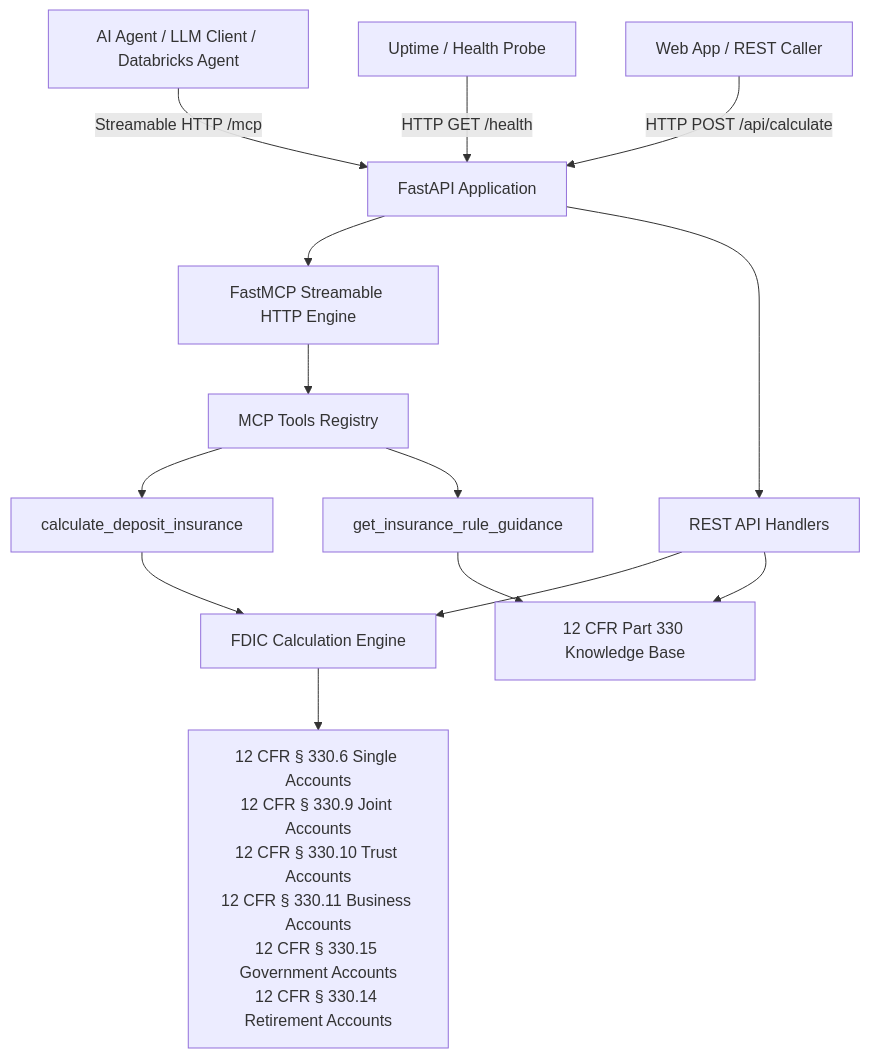
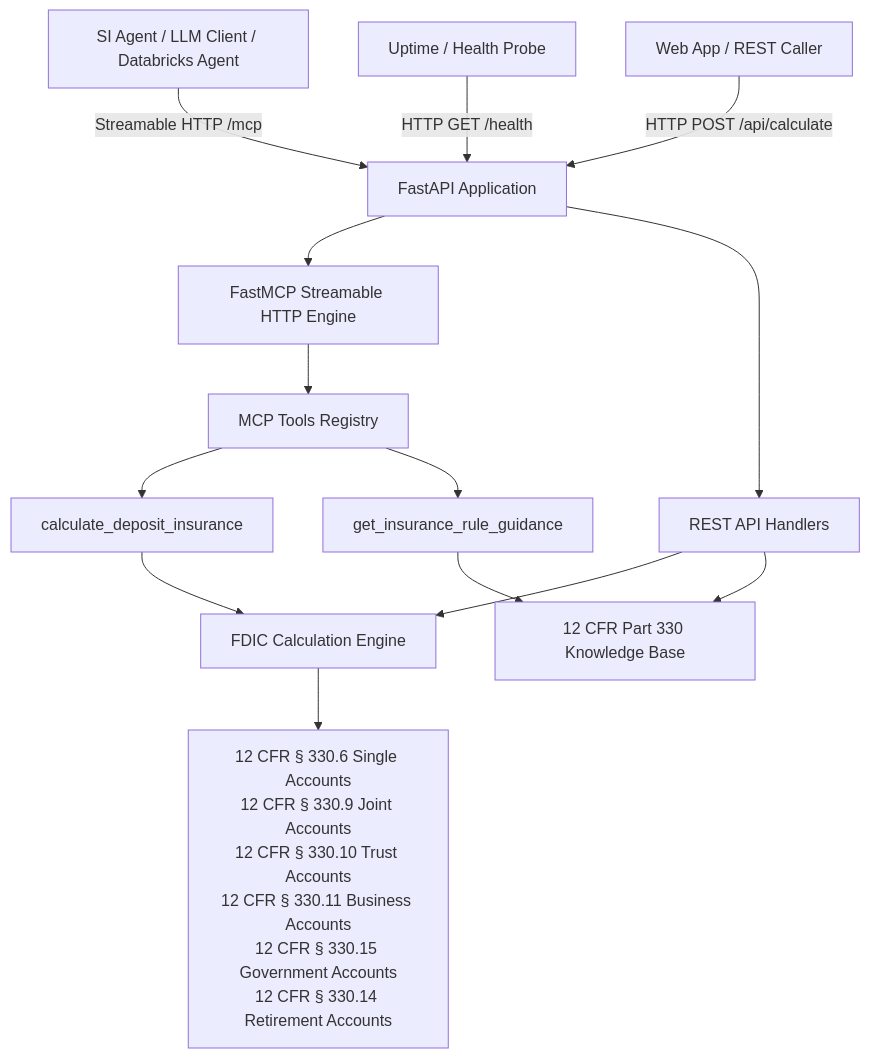
One commit to SharmilaChakalakonda/deposit_insurance_mcp changed the diagram in README.md. Above: the diagram before and after it, drawn with Mermaid. The commit also changed other lines of this file, not shown here.

````diff
--- a/README.md
+++ b/README.md
@@ -42,20 +64,20 @@
 ```mermaid
 flowchart TD
-    Client[AI Agent / LLM Client / Databricks Agent] -->|Streamable HTTP /mcp| FastAPI[FastAPI Application]
+    Client[SI Agent / LLM Client / Databricks Agent] -->|Streamable HTTP /mcp| FastAPI[FastAPI Application]
     Monitoring[Uptime / Health Probe] -->|HTTP GET /health| FastAPI
     RESTClient[Web App / REST Caller] -->|HTTP POST /api/calculate| FastAPI
     
     FastAPI --> MCPHandler[FastMCP Streamable HTTP Engine]
     FastAPI --> RestRoutes[REST API Handlers]
     
     MCPHandler --> Tools[MCP Tools Registry]
     Tools --> T1[calculate_deposit_insurance]
     Tools --> T2[get_insurance_rule_guidance]
     
     T1 --> Engine[FDIC Calculation Engine]
     T2 --> KnowledgeBase[12 CFR Part 330 Knowledge Base]
     RestRoutes --> Engine
     RestRoutes --> KnowledgeBase
     
     Engine --> Rules[12 CFR § 330.6 Single Accounts\n12 CFR § 330.9 Joint Accounts\n12 CFR § 330.10 Trust Accounts\n12 CFR § 330.11 Business Accounts\n12 CFR § 330.15 Government Accounts\n12 CFR § 330.14 Retirement Accounts]
 ```
````
